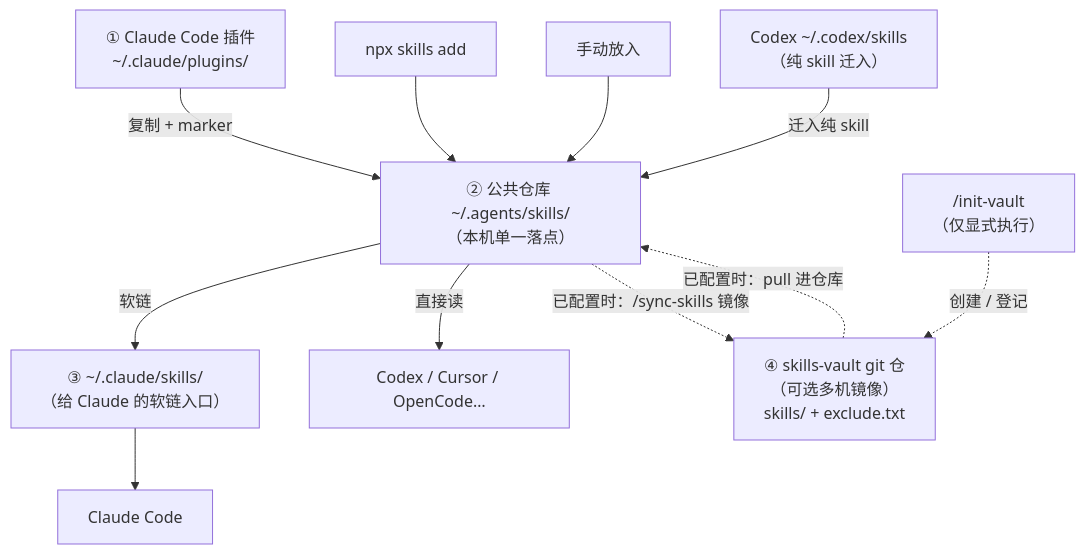
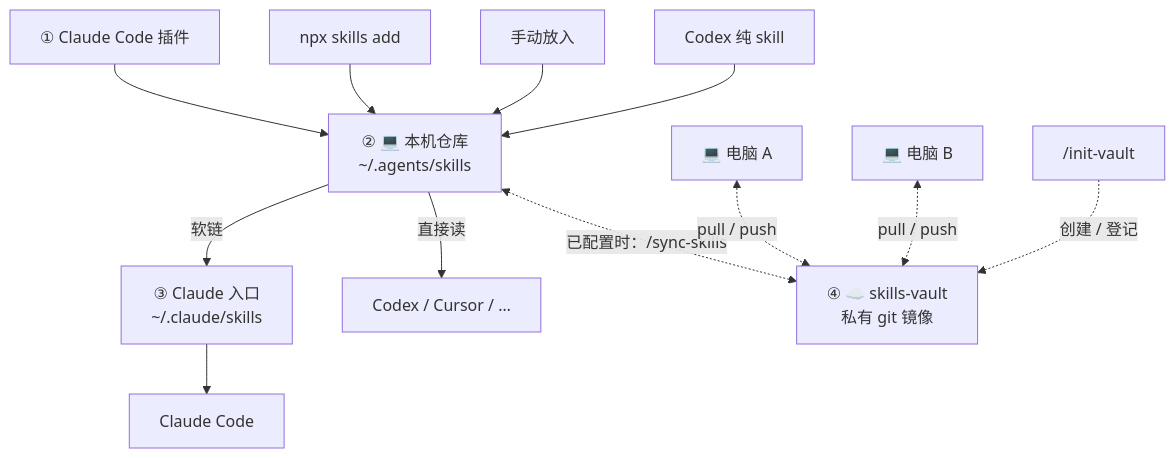
Before and after one commit to Apri1qing/skills-bridge: the diagram in README.zh-CN.md, drawn with Mermaid. The commit also changed 1 other file, not shown here.

Commit message:
docs: show multi-machine vault in README flowchart
Add cloud + computer icons so skills-vault reads as a shared private mirror across machines.

````diff
--- a/README.zh-CN.md
+++ b/README.zh-CN.md
@@ -77,20 +77,24 @@
 ```mermaid
 flowchart TB
-    P["① Claude Code 插件<br/>~/.claude/plugins/"]
+    P["① Claude Code 插件"]
     N["npx skills add"]
     H["手动放入"]
-    CX["Codex ~/.codex/skills<br/>（纯 skill 迁入）"]
-    W["② 公共仓库 ~/.agents/skills/<br/>（本机单一落点）"]
-    C["③ ~/.claude/skills/<br/>（给 Claude 的软链入口）"]
-    V["④ skills-vault git 仓<br/>（可选多机镜像）<br/>skills/ + exclude.txt"]
-    P -->|"复制 + marker"| W
+    CX["Codex 纯 skill"]
+    W["② 💻 本机仓库<br/>~/.agents/skills"]
+    C["③ Claude 入口<br/>~/.claude/skills"]
+    V["④ ☁️ skills-vault<br/>私有 git 镜像"]
+    M1["💻 电脑 A"]
+    M2["💻 电脑 B"]
+    IV["/init-vault"]
+    P --> W
     N --> W
     H --> W
-    CX -->|"迁入纯 skill"| W
+    CX --> W
     W -->|"软链"| C
     C --> CC["Claude Code"]
-    W -->|"直接读"| X["Codex / Cursor / OpenCode…"]
-    W -.->|"已配置时：/sync-skills 镜像"| V
-    V -.->|"已配置时：pull 进仓库"| W
-    IV["/init-vault<br/>（仅显式执行）"] -.->|"创建 / 登记"| V
+    W -->|"直接读"| X["Codex / Cursor / …"]
+    W <-.->|"已配置时：/sync-skills"| V
+    M1 <-.->|"pull / push"| V
+    M2 <-.->|"pull / push"| V
+    IV -.->|"创建 / 登记"| V
 ```
````
